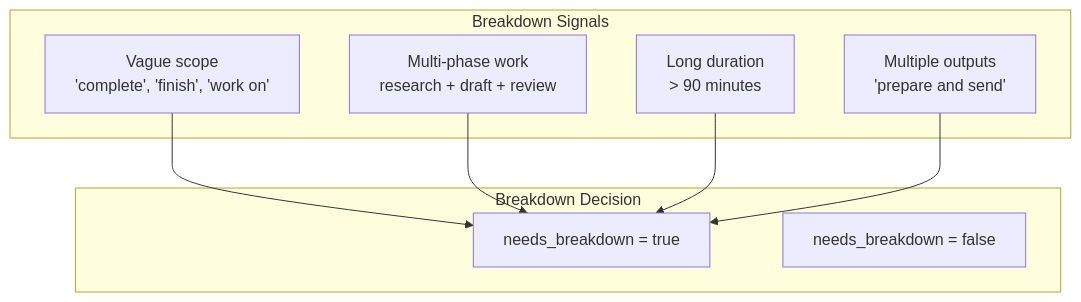
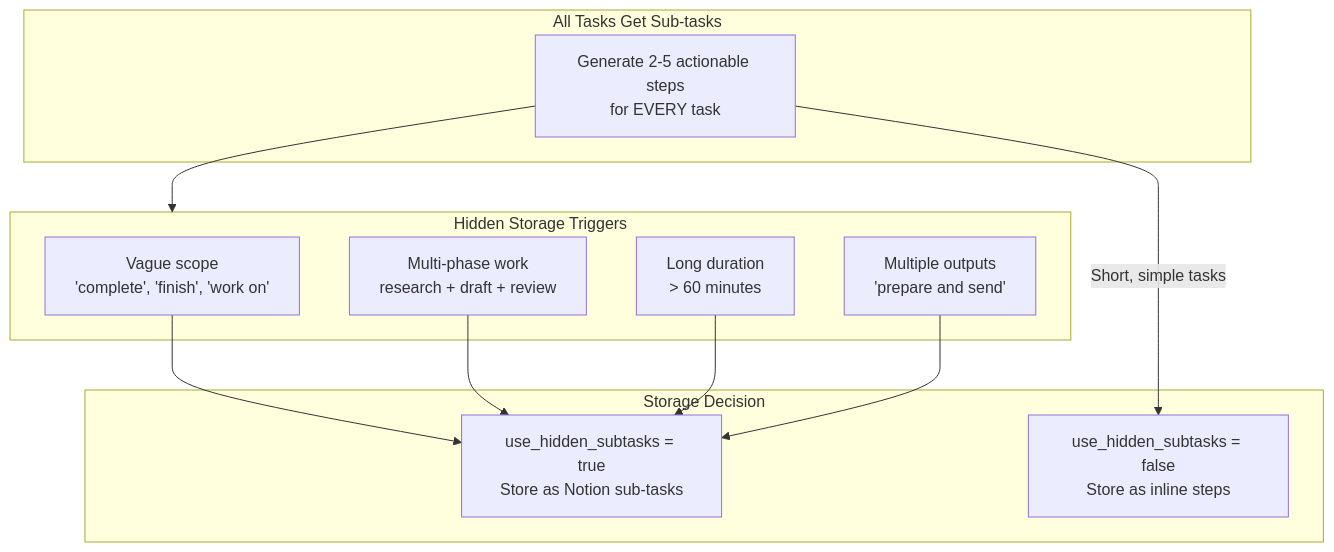
Before and after one commit to NickBorgers/hide-my-list: the fourth of 24 diagrams in docs/ai-prompts.md, drawn with Mermaid. The commit also changed other lines of this file and 3 other files, not shown here.

First line of the commit message:
Add proactive sub-task generation and on-demand breakdown assistance

````diff
--- a/docs/ai-prompts.md
+++ b/docs/ai-prompts.md
@@ -205,19 +238,26 @@
 ```mermaid
 flowchart TD
-    subgraph Signals["Breakdown Signals"]
+    subgraph Always["All Tasks Get Sub-tasks"]
+        Generate["Generate 2-5 actionable steps<br/>for EVERY task"]
+    end
+
+    subgraph Signals["Hidden Storage Triggers"]
         Vague["Vague scope<br/>'complete', 'finish', 'work on'"]
         MultiPhase["Multi-phase work<br/>research + draft + review"]
-        LongDuration["Long duration<br/>> 90 minutes"]
+        LongDuration["Long duration<br/>> 60 minutes"]
         MultiDeliverable["Multiple outputs<br/>'prepare and send'"]
     end
 
-    subgraph Decision["Breakdown Decision"]
-        NeedsBreakdown[needs_breakdown = true]
-        Manageable[needs_breakdown = false]
+    subgraph Decision["Storage Decision"]
+        Hidden["use_hidden_subtasks = true<br/>Store as Notion sub-tasks"]
+        Inline["use_hidden_subtasks = false<br/>Store as inline steps"]
     end
 
-    Vague --> NeedsBreakdown
-    MultiPhase --> NeedsBreakdown
-    LongDuration --> NeedsBreakdown
-    MultiDeliverable --> NeedsBreakdown
+    Generate --> Signals
+    Vague --> Hidden
+    MultiPhase --> Hidden
+    LongDuration --> Hidden
+    MultiDeliverable --> Hidden
+
+    Generate -->|"Short, simple tasks"| Inline
 ```
````
